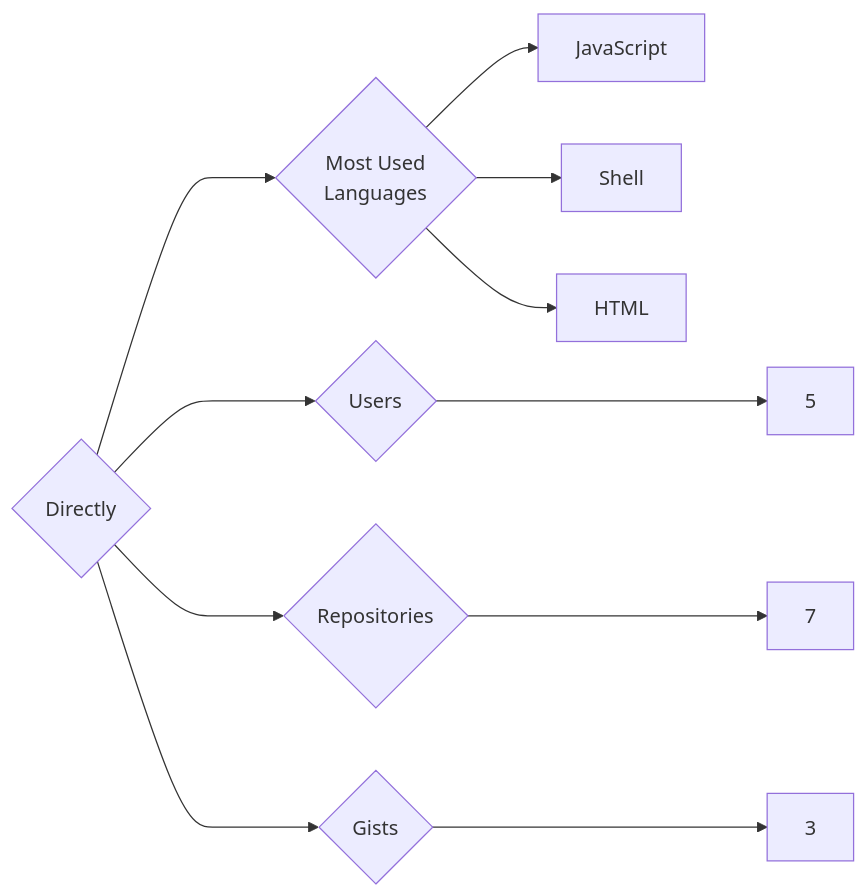
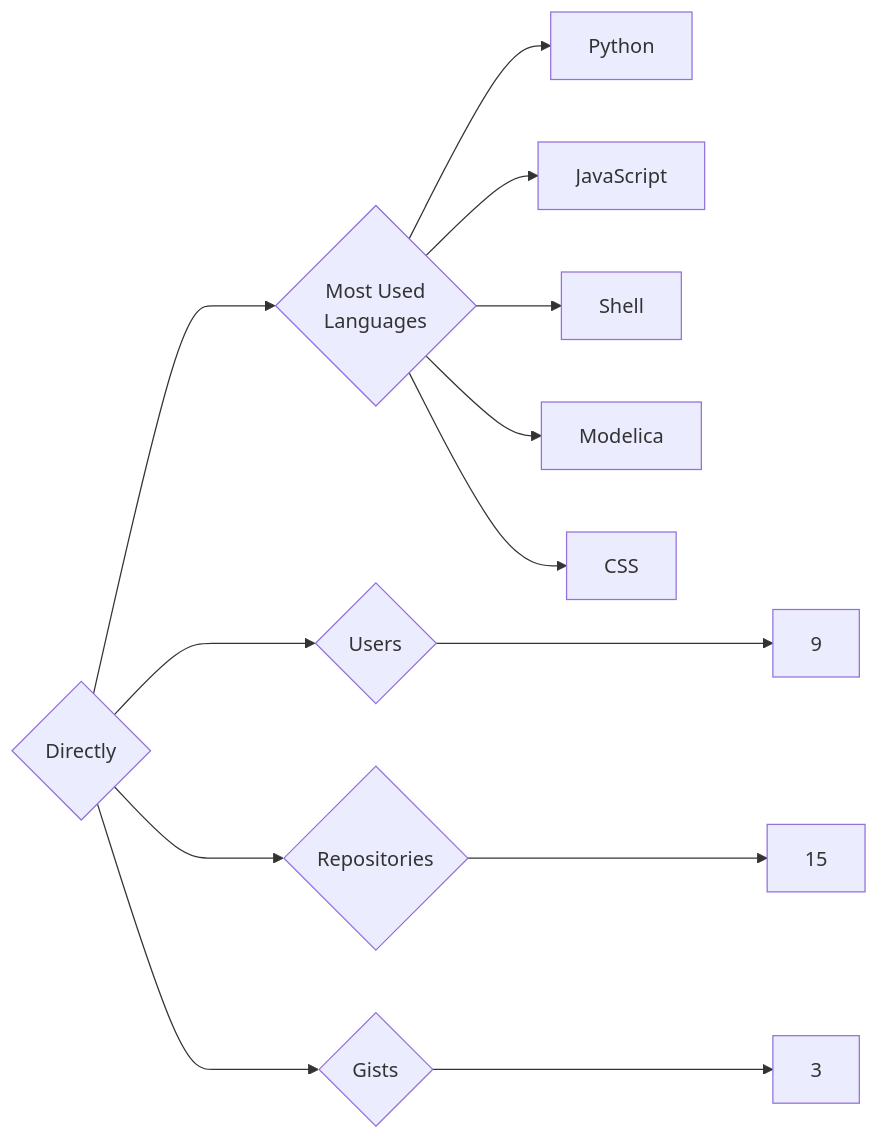
Before and after one commit to trickest/insiders: the diagram in targets/Directly/README.md, drawn with Mermaid. The commit also changed 1195 other files, not shown here.

````diff
--- a/targets/Directly/README.md
+++ b/targets/Directly/README.md
@@ -3,11 +3,13 @@
 ```mermaid
 graph LR
 COMPANY_NAME{Directly}
-COMPANY_NAME ---> U{Users} ---> UN[5]
-COMPANY_NAME ---> R{Repositories} ---> RN[7]
+COMPANY_NAME ---> U{Users} ---> UN[9]
+COMPANY_NAME ---> R{Repositories} ---> RN[15]
 COMPANY_NAME ---> G{Gists} ---> GN[3]
 COMPANY_NAME ---> ML{Most Used<br>Languages}
+ML --> Python[Python]
 ML --> JavaScript[JavaScript]
 ML --> Shell[Shell]
-ML --> HTML[HTML]
+ML --> Modelica[Modelica]
+ML --> CSS[CSS]
 ```
````
